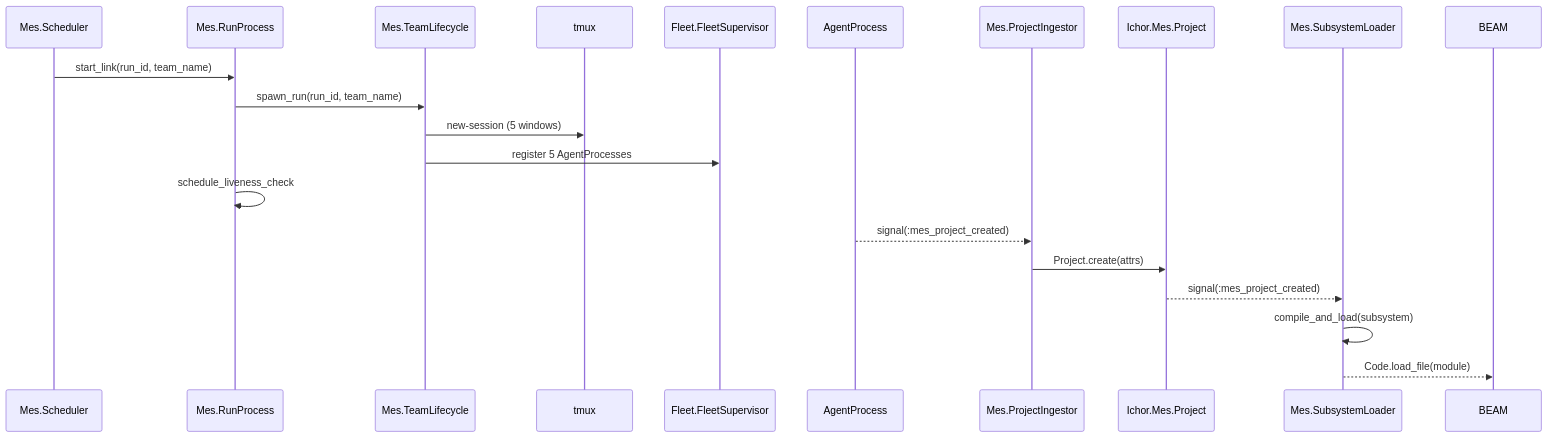
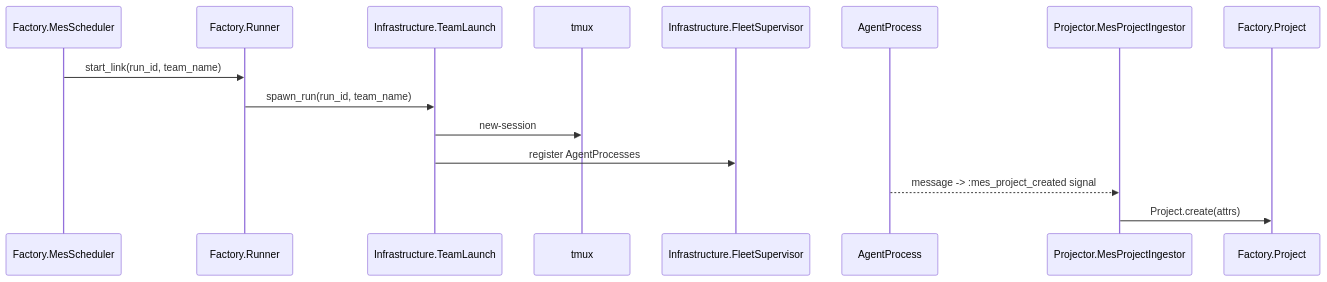
One commit to architects-of-type-IV/agent-observatory changed the third of 3 diagrams in REFACTOR.md. Above: the diagram before and after it, drawn with Mermaid. The commit also changed other lines of this file and 20 other files, not shown here.

First line of the commit message:
docs(architecture): update docs for ADR-026 GenStage pipeline, deleted subsystems, and supervision tree changes

````diff
--- a/REFACTOR.md
+++ b/REFACTOR.md
@@ -383,23 +292,18 @@
 ```mermaid
 sequenceDiagram
-    participant Sched as Mes.Scheduler
-    participant RunProc as Mes.RunProcess
-    participant Lifecycle as Mes.TeamLifecycle
+    participant Sched as Factory.MesScheduler
+    participant Runner as Factory.Runner
+    participant TeamLaunch as Infrastructure.TeamLaunch
     participant Tmux as tmux
-    participant Fleet as Fleet.FleetSupervisor
+    participant Fleet as Infrastructure.FleetSupervisor
     participant Agent as AgentProcess
-    participant Ingestor as Mes.ProjectIngestor
-    participant Proj as Ichor.Mes.Project
-    participant Loader as Mes.SubsystemLoader
+    participant Ingestor as Projector.MesProjectIngestor
+    participant Proj as Factory.Project
 
-    Sched->>RunProc: start_link(run_id, team_name)
-    RunProc->>Lifecycle: spawn_run(run_id, team_name)
-    Lifecycle->>Tmux: new-session (5 windows)
-    Lifecycle->>Fleet: register 5 AgentProcesses
-    RunProc->>RunProc: schedule_liveness_check
-    Agent-->>Ingestor: signal(:mes_project_created)
+    Sched->>Runner: start_link(run_id, team_name)
+    Runner->>TeamLaunch: spawn_run(run_id, team_name)
+    TeamLaunch->>Tmux: new-session
+    TeamLaunch->>Fleet: register AgentProcesses
+    Agent-->>Ingestor: message -> :mes_project_created signal
     Ingestor->>Proj: Project.create(attrs)
-    Proj-->>Loader: signal(:mes_project_created)
-    Loader->>Loader: compile_and_load(subsystem)
-    Loader-->>BEAM: Code.load_file(module)
 ```
````
